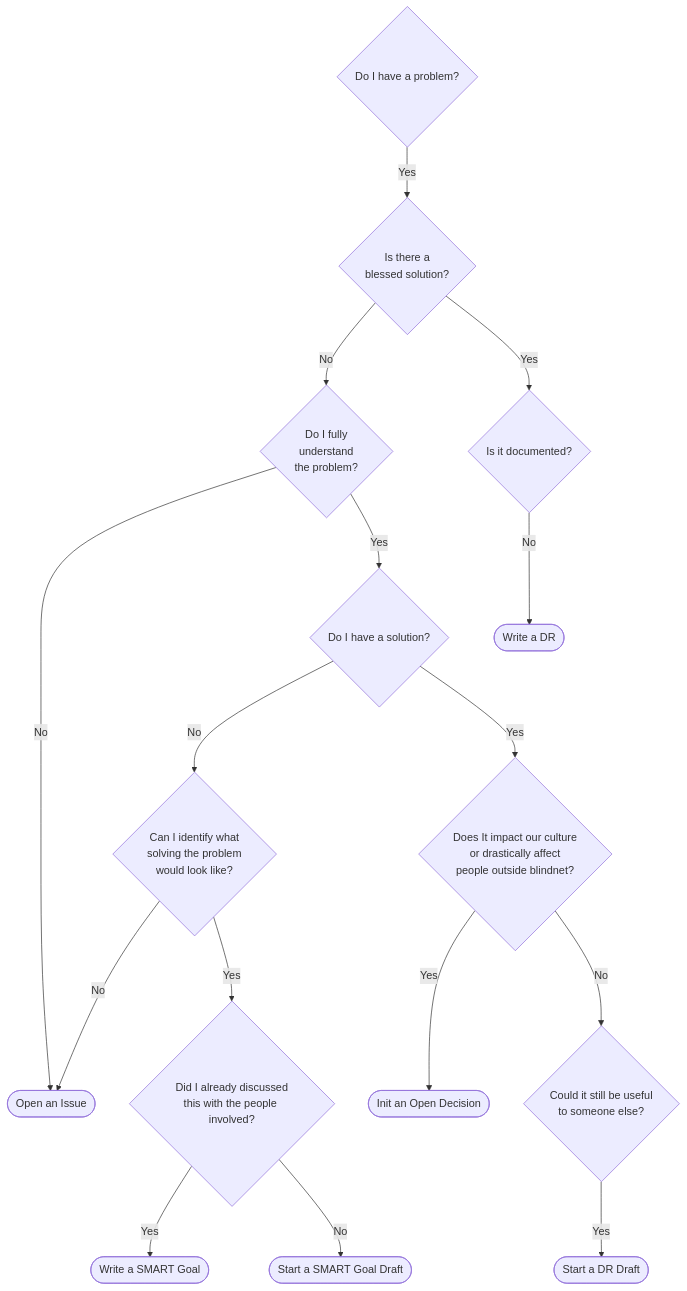
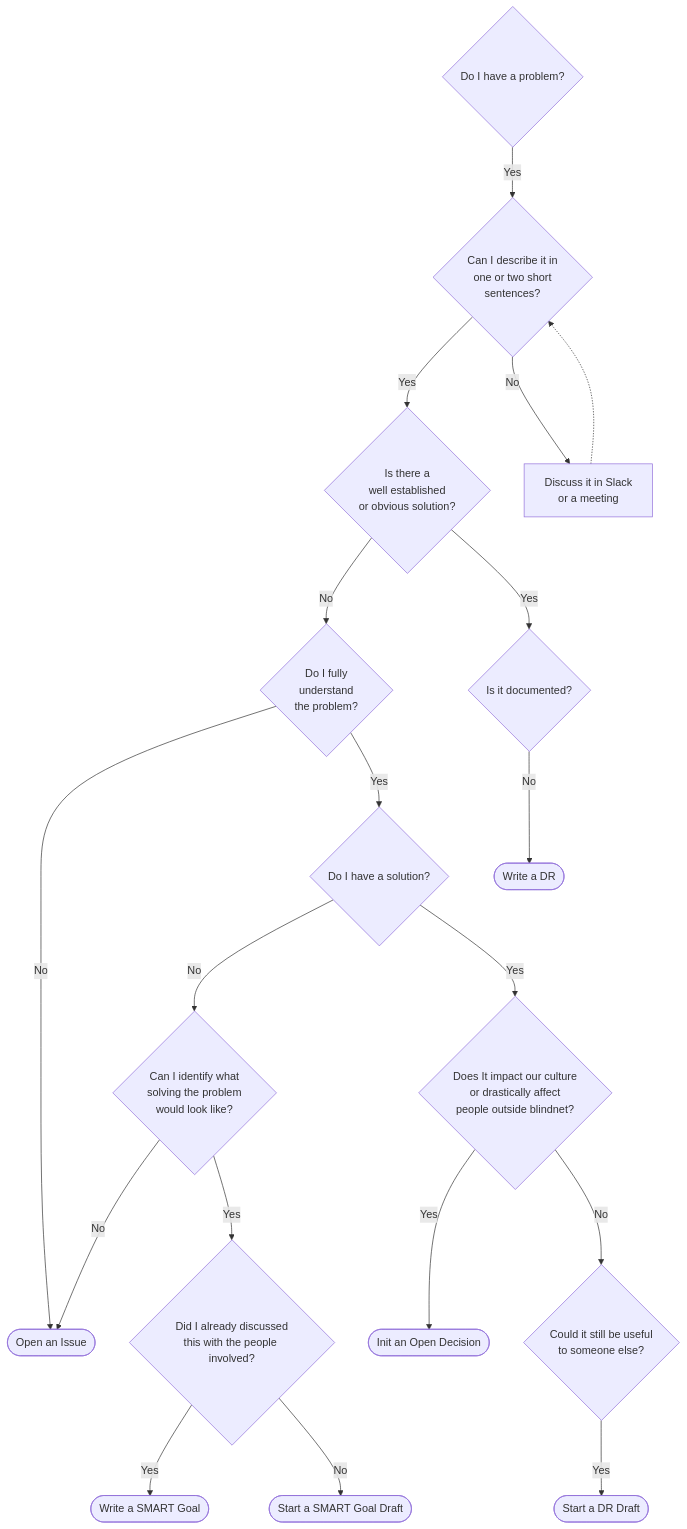
The diagram in Decisions/README.md (blindnet-io/openness-framework), drawn with Mermaid before and after one commit.

Commit message:
fix(Decisions): emphasis on problem description
add a new step to the flowchart to emphasize that recording a decision
requires describing the problem

````diff
--- a/Decisions/README.md
+++ b/Decisions/README.md
@@ -51,35 +51,38 @@
 ```mermaid
 flowchart
   Prblm{Do I have a problem?}
-  Blessed{Is there a<br>blessed solution?}
+  Desc{Can I describe it in<br>one or two short<br>sentences?}
+  Blessed{Is there a<br>well established<br>or obvious solution?}
   Doc{Is it documented?}
   Understand{Do I fully<br>understand<br>the problem?}
   Solution{Do I have a solution?}
   Culture{Does It impact our culture<br>or drastically affect<br>people outside blindnet?}
   GoalSet{Can I identify what<br>solving the problem<br>would look like?}
   Discuss{Did I already discussed<br>this with the people involved?}
   Impact{Could it still be useful<br>to someone else?}
 
-  Prblm -- Yes --> Blessed
+  Prblm -- Yes --> Desc -- Yes --> Blessed
+  Desc -- No --> IM -.-> Desc
   Blessed -- No --> Understand
   Blessed -- Yes --> Doc
   Doc -- No --> DR
   Understand -- No --> Issue
   Understand -- Yes --> Solution
   Solution -- No --> GoalSet
   Solution -- Yes --> Culture
   Culture -- Yes --> OD
   Culture -- No --> Impact
   Impact -- Yes --> DRDraft
   GoalSet -- No --> Issue
   GoalSet -- Yes --> Discuss
   Discuss -- Yes --> Goal
   Discuss -- No --> GoalDraft
 
   DR([Write a DR])
   DRDraft([Start a DR Draft])
   OD([Init an Open Decision])
   Goal([Write a SMART Goal])
   GoalDraft([Start a SMART Goal Draft])
   Issue([Open an Issue])
+  IM[Discuss it in Slack <br>or a meeting]
 ```
````
